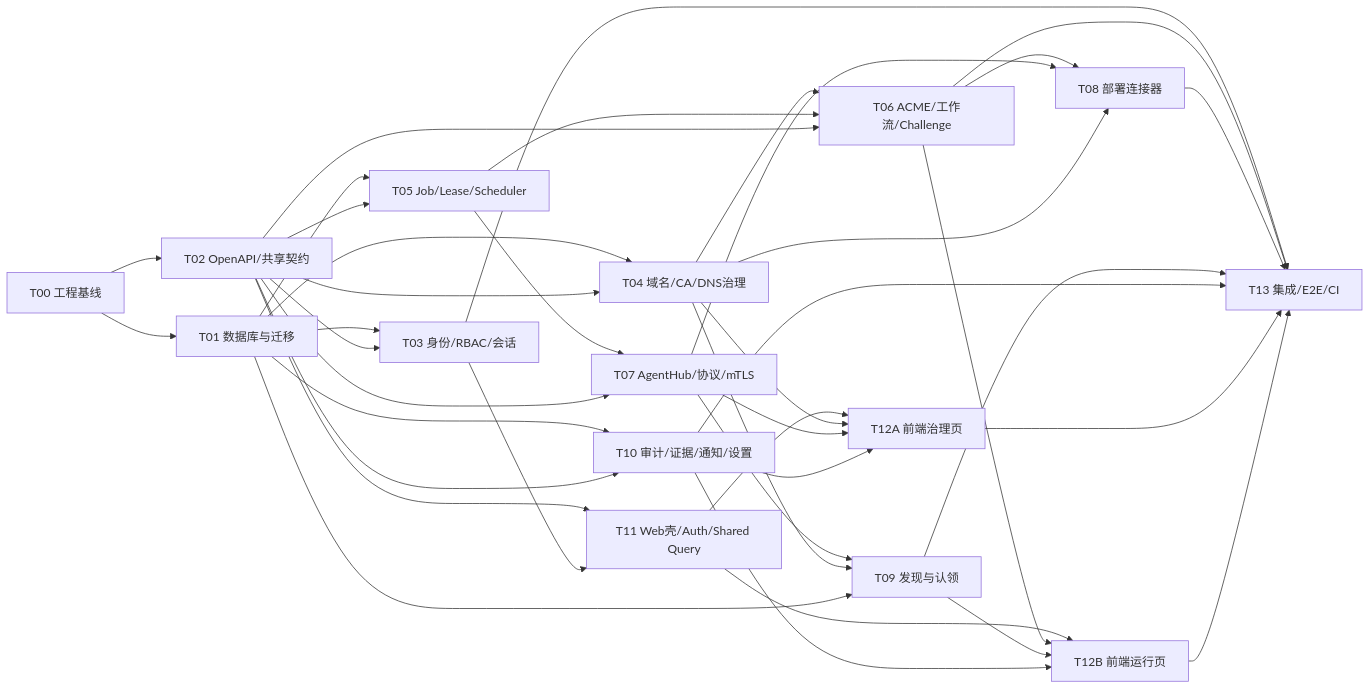
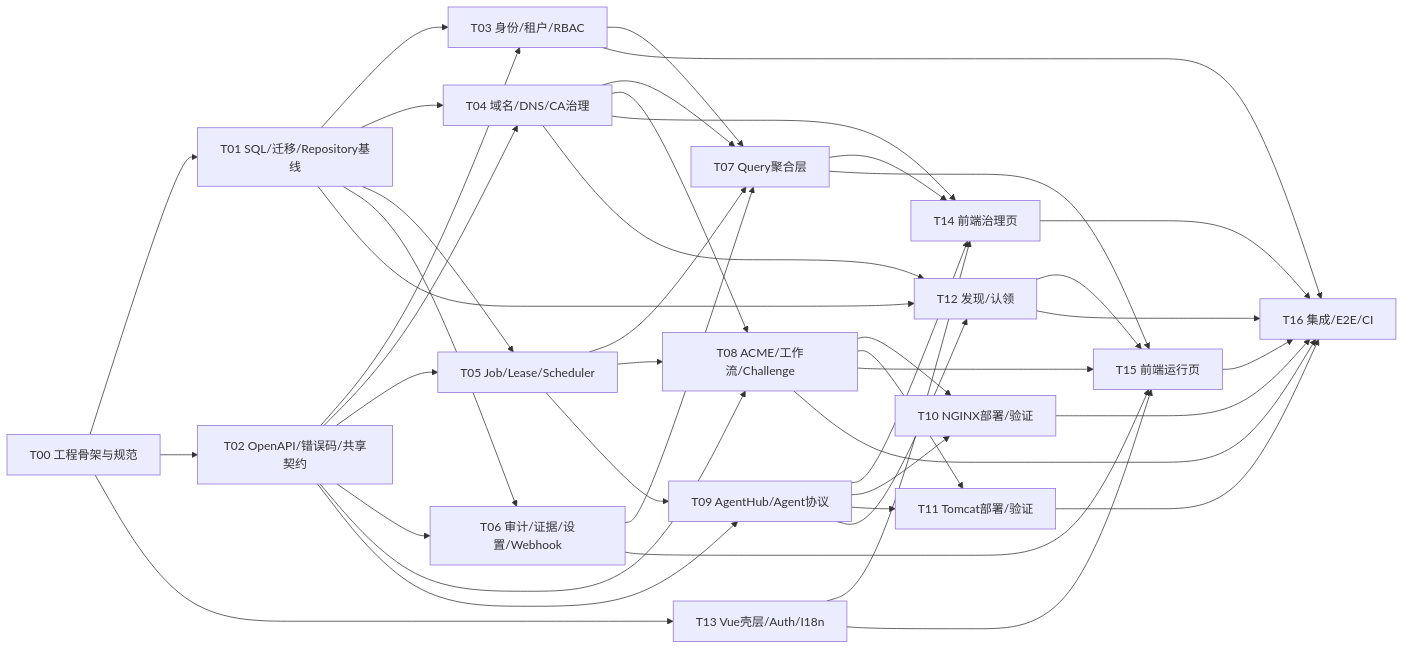
The diagram in doc/AI系统开发规划.md (zaneway/AutoCertX), drawn with Mermaid before and after one commit. The commit also changed other lines of this file and 36 other files, not shown here.

````diff
--- a/doc/AI系统开发规划.md
+++ b/doc/AI系统开发规划.md
@@ -194,53 +247,59 @@
 ```mermaid
 flowchart LR
-    T00["T00 工程基线"] --> T01["T01 数据库与迁移"]
-    T00 --> T02["T02 OpenAPI/共享契约"]
+    T00["T00 工程骨架与规范"] --> T01["T01 SQL/迁移/Repository基线"]
+    T00 --> T02["T02 OpenAPI/错误码/共享契约"]
+    T00 --> T13["T13 Vue壳层/Auth/I18n"]
 
-    T01 --> T03["T03 身份/RBAC/会话"]
+    T01 --> T03["T03 身份/租户/RBAC"]
     T02 --> T03
 
-    T01 --> T04["T04 域名/CA/DNS治理"]
+    T01 --> T04["T04 域名/DNS/CA治理"]
     T02 --> T04
 
     T01 --> T05["T05 Job/Lease/Scheduler"]
     T02 --> T05
 
-    T01 --> T10["T10 审计/证据/通知/设置"]
-    T02 --> T10
-
-    T02 --> T11["T11 Web壳/Auth/Shared Query"]
-    T03 --> T11
-
-    T04 --> T06["T06 ACME/工作流/Challenge"]
-    T05 --> T06
+    T01 --> T06["T06 审计/证据/设置/Webhook"]
     T02 --> T06
 
-    T05 --> T07["T07 AgentHub/协议/mTLS"]
-    T02 --> T07
+    T03 --> T07["T07 Query聚合层"]
+    T04 --> T07
+    T05 --> T07
+    T06 --> T07
 
-    T11 --> T12A["T12A 前端治理页"]
-    T04 --> T12A
-    T07 --> T12A
-    T10 --> T12A
+    T04 --> T08["T08 ACME/工作流/Challenge"]
+    T05 --> T08
+    T02 --> T08
 
-    T06 --> T08["T08 部署连接器"]
-    T07 --> T08
-    T04 --> T08
+    T05 --> T09["T09 AgentHub/Agent协议"]
+    T02 --> T09
 
-    T07 --> T09["T09 发现与认领"]
-    T04 --> T09
-    T01 --> T09
+    T13 --> T14["T14 前端治理页"]
+    T04 --> T14
+    T07 --> T14
+    T09 --> T14
 
-    T11 --> T12B["T12B 前端运行页"]
-    T06 --> T12B
-    T09 --> T12B
-    T10 --> T12B
+    T08 --> T10["T10 NGINX部署/验证"]
+    T09 --> T10
 
-    T03 --> T13["T13 集成/E2E/CI"]
-    T06 --> T13
-    T08 --> T13
-    T09 --> T13
-    T10 --> T13
-    T12A --> T13
-    T12B --> T13
+    T08 --> T11["T11 Tomcat部署/验证"]
+    T09 --> T11
+
+    T04 --> T12["T12 发现/认领"]
+    T09 --> T12
+    T01 --> T12
+
+    T13 --> T15["T15 前端运行页"]
+    T07 --> T15
+    T08 --> T15
+    T12 --> T15
+    T06 --> T15
+
+    T03 --> T16["T16 集成/E2E/CI"]
+    T08 --> T16
+    T10 --> T16
+    T11 --> T16
+    T12 --> T16
+    T14 --> T16
+    T15 --> T16
 ```
````
